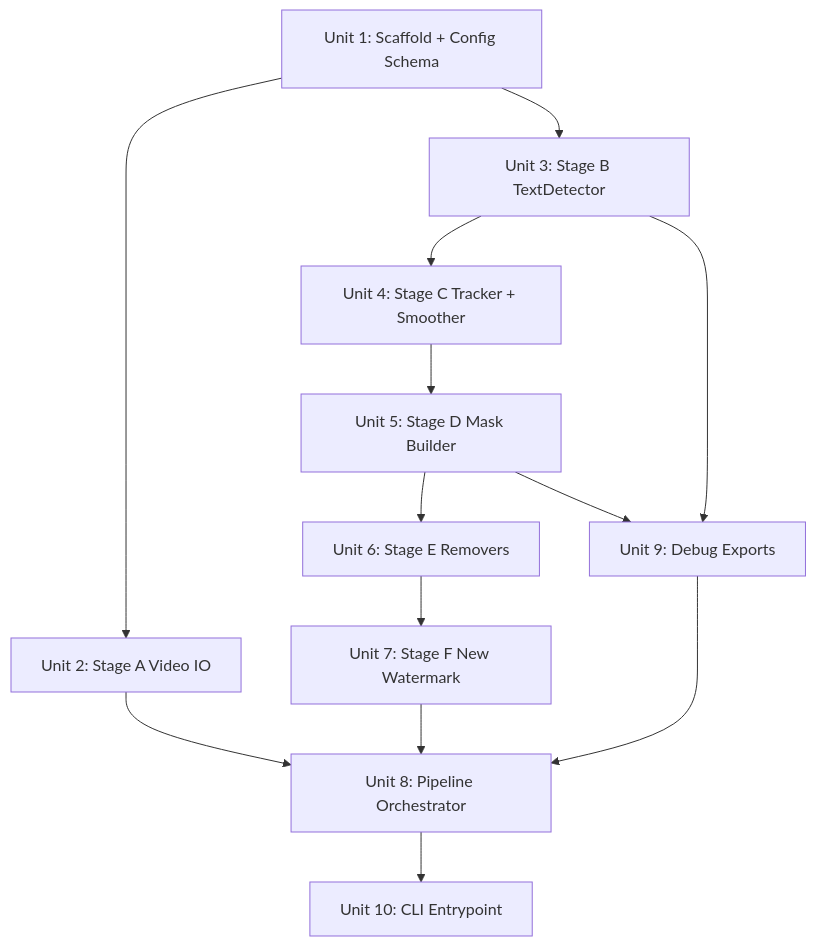
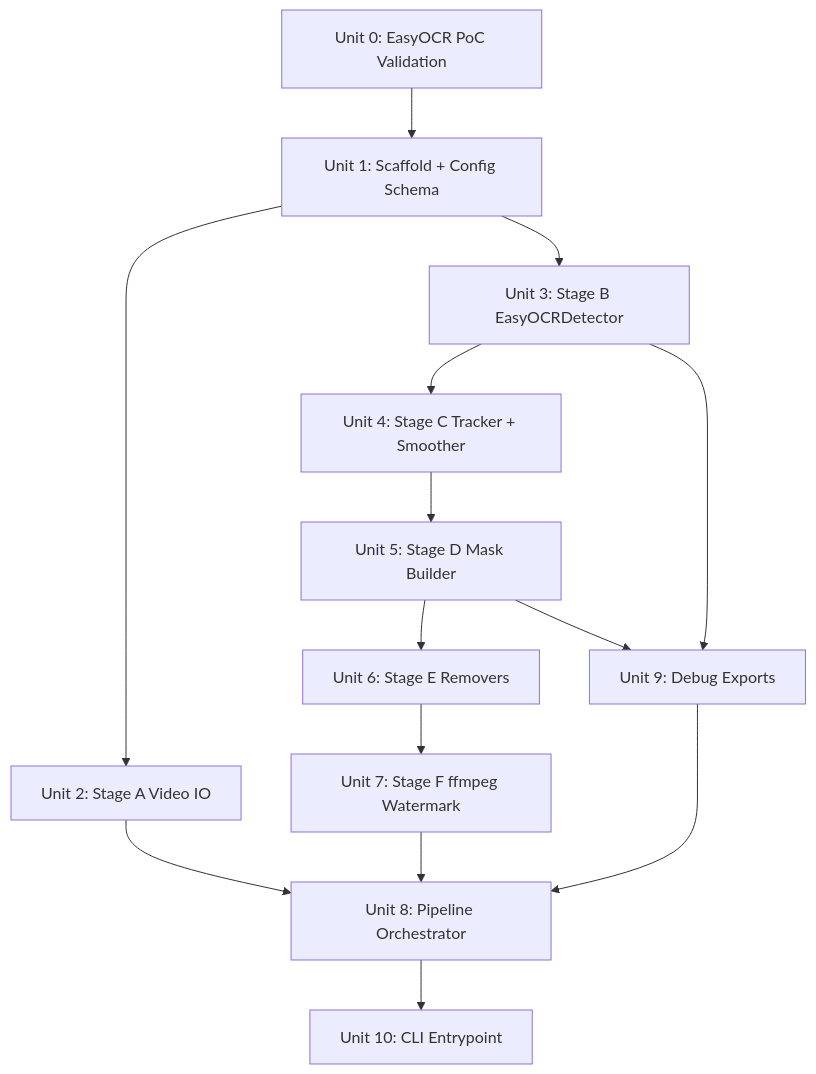
One commit to redredchen01/obsidian-agent changed the diagram in docs/plans/2026-03-31-002-feat-dynamic-watermark-removal-tool-plan.md. Above: the diagram before and after it, drawn with Mermaid. The commit also changed other lines of this file and 15 other files, not shown here.

````diff
--- a/docs/plans/2026-03-31-002-feat-dynamic-watermark-removal-tool-plan.md
+++ b/docs/plans/2026-03-31-002-feat-dynamic-watermark-removal-tool-plan.md
@@ -148,15 +162,16 @@
 ```mermaid
 graph TB
-    U1[Unit 1: Scaffold + Config Schema] --> U2[Unit 2: Stage A Video IO]
-    U1 --> U3[Unit 3: Stage B TextDetector]
+    U0[Unit 0: EasyOCR PoC Validation] --> U1[Unit 1: Scaffold + Config Schema]
+    U1 --> U2[Unit 2: Stage A Video IO]
+    U1 --> U3[Unit 3: Stage B EasyOCRDetector]
     U2 --> U8[Unit 8: Pipeline Orchestrator]
     U3 --> U4[Unit 4: Stage C Tracker + Smoother]
     U4 --> U5[Unit 5: Stage D Mask Builder]
     U5 --> U6[Unit 6: Stage E Removers]
     U3 --> U9[Unit 9: Debug Exports]
     U5 --> U9
-    U6 --> U7[Unit 7: Stage F New Watermark]
+    U6 --> U7[Unit 7: Stage F ffmpeg Watermark]
     U7 --> U8
     U9 --> U8
     U8 --> U10[Unit 10: CLI Entrypoint]
 ```
````
